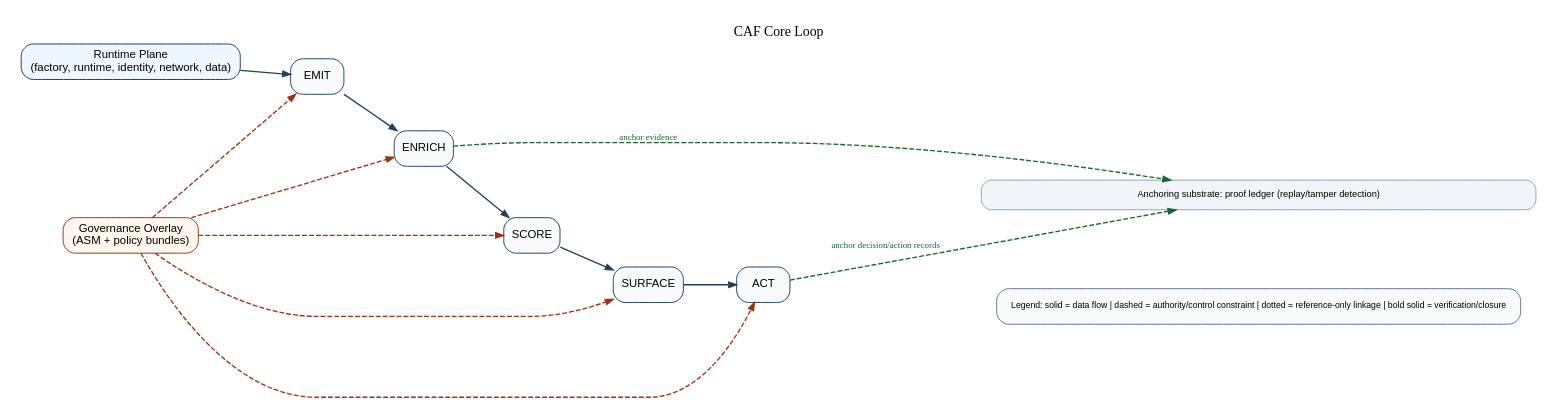
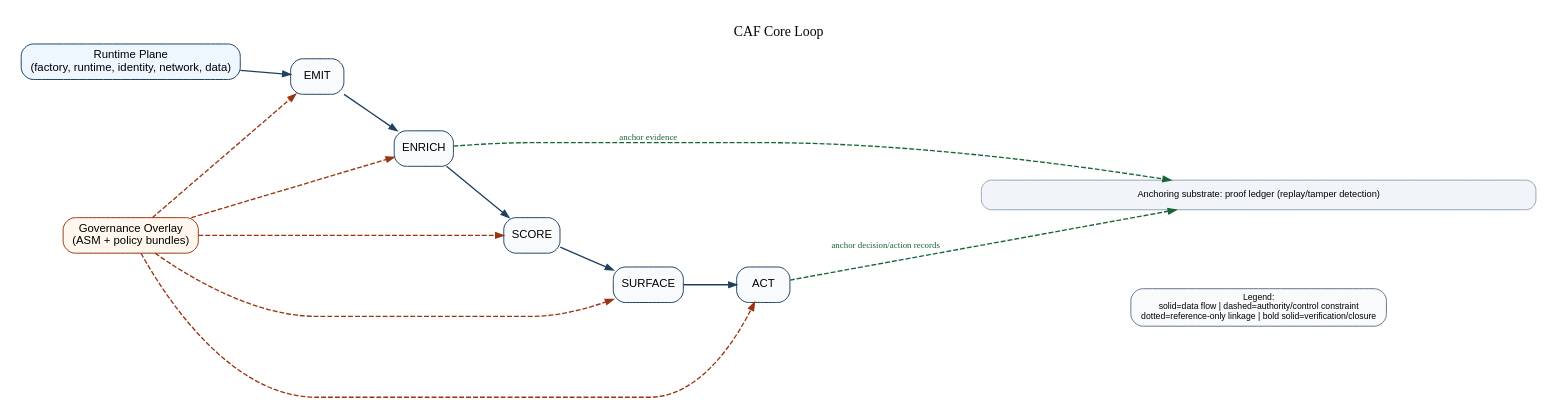
The diagram in papers/caf-ra/diagrams-src/caf_core_minimal.dot (anboas/Whitepaper), drawn with Graphviz before and after one commit. The commit also changed 12 other files, not shown here.

Commit message:
narrow CAF figure layouts and fix width overflow in authority/data figure

```diff
--- a/papers/caf-ra/diagrams-src/caf_core_minimal.dot
+++ b/papers/caf-ra/diagrams-src/caf_core_minimal.dot
@@ -1,61 +1,61 @@
 digraph CAFCore {
   rankdir=LR;
   graph [
     bgcolor="white",
     pad="0.20",
     nodesep="0.55",
     ranksep="0.70",
     labelloc="t",
     label="CAF Core Loop"
   ];
 
   node [shape=box, style="rounded,filled", fillcolor="#F8FAFC", color="#204060", fontname="Arial", fontsize=11.5];
   edge [color="#204060", arrowsize=0.78, penwidth=1.35];
 
   Runtime [label="Runtime Plane\n(factory, runtime, identity, network, data)", fillcolor="#EEF6FF"];
   Emit [label="EMIT"];
   Enrich [label="ENRICH"];
   Score [label="SCORE"];
   Surface [label="SURFACE"];
   Act [label="ACT"];
 
   Governance [label="Governance Overlay\n(ASM + policy bundles)", fillcolor="#FFF7ED", color="#9A3412"];
 
   Substrate [
     shape=box,
     style="rounded,filled",
     fixedsize=true,
     width=7.8,
     height=0.42,
     fillcolor="#F1F5F9",
     color="#94A3B8",
     fontsize=9.4,
     label="Anchoring substrate: proof ledger (replay/tamper detection)"
   ];
 
   Runtime -> Emit;
   Emit -> Enrich -> Score -> Surface -> Act;
 
   Governance -> Emit   [style=dashed, color="#9A3412", penwidth=1.35];
   Governance -> Enrich [style=dashed, color="#9A3412", penwidth=1.35];
   Governance -> Score  [style=dashed, color="#9A3412", penwidth=1.35];
   Governance -> Surface[style=dashed, color="#9A3412", penwidth=1.35];
   Governance -> Act    [style=dashed, color="#9A3412", penwidth=1.35];
 
   Enrich -> Substrate [style=dashed, color="#166534", penwidth=1.35, label="anchor evidence", fontsize=9.0, fontcolor="#166534"];
   Act -> Substrate    [style=dashed, color="#166534", penwidth=1.35, label="anchor decision/action records", fontsize=9.0, fontcolor="#166534"];
 
   Legend [
     shape=box,
     style="rounded,filled",
     fillcolor="#F8FAFC",
     color="#64748B",
     fontname="Arial",
     fontsize=8.8,
     margin="0.06,0.05",
-    label="Legend: solid = data flow | dashed = authority/control constraint | dotted = reference-only linkage | bold solid = verification/closure"
+    label="Legend:\nsolid=data flow | dashed=authority/control constraint\ndotted=reference-only linkage | bold solid=verification/closure"
   ];
 
   { rank=sink; Substrate; Legend; }
   Substrate -> Legend [style=invis, weight=0.01, constraint=false];
 }
```
